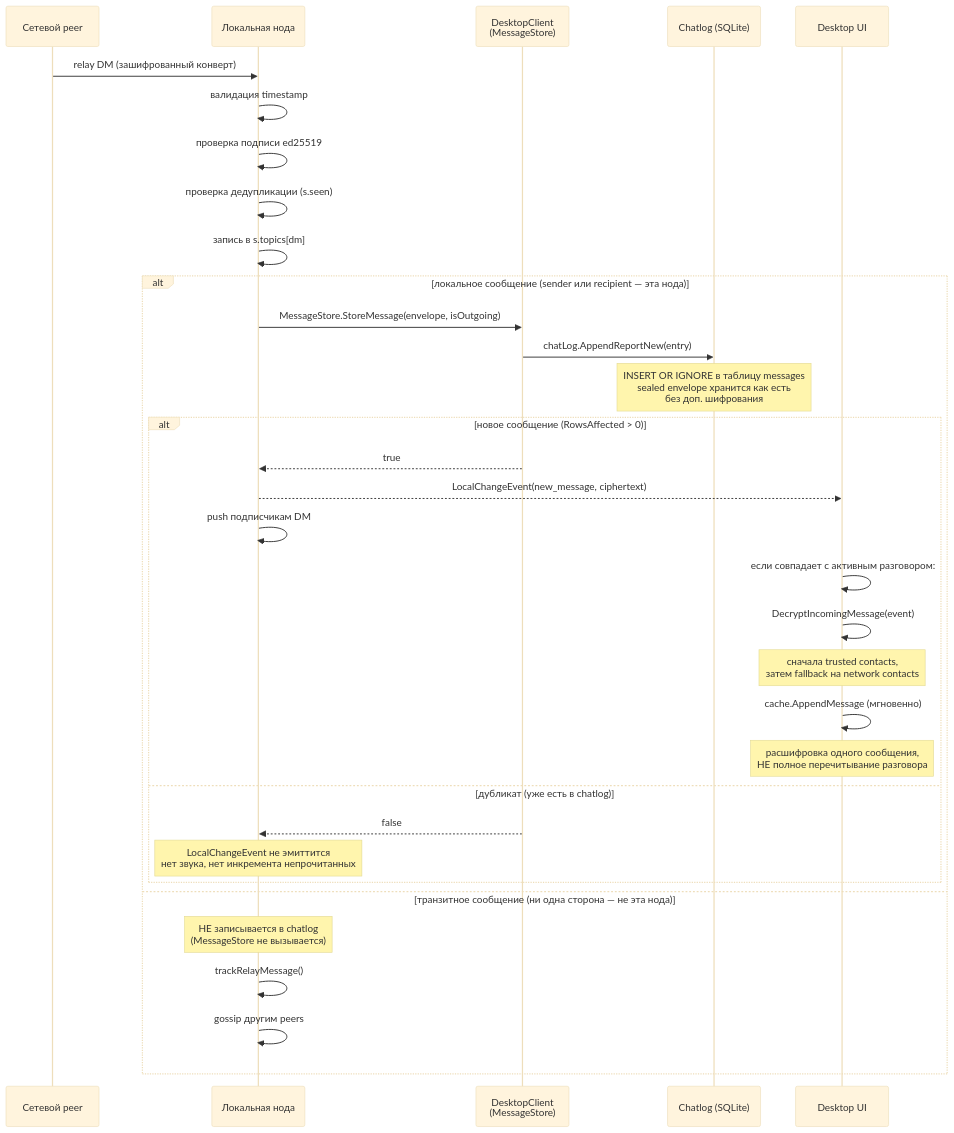
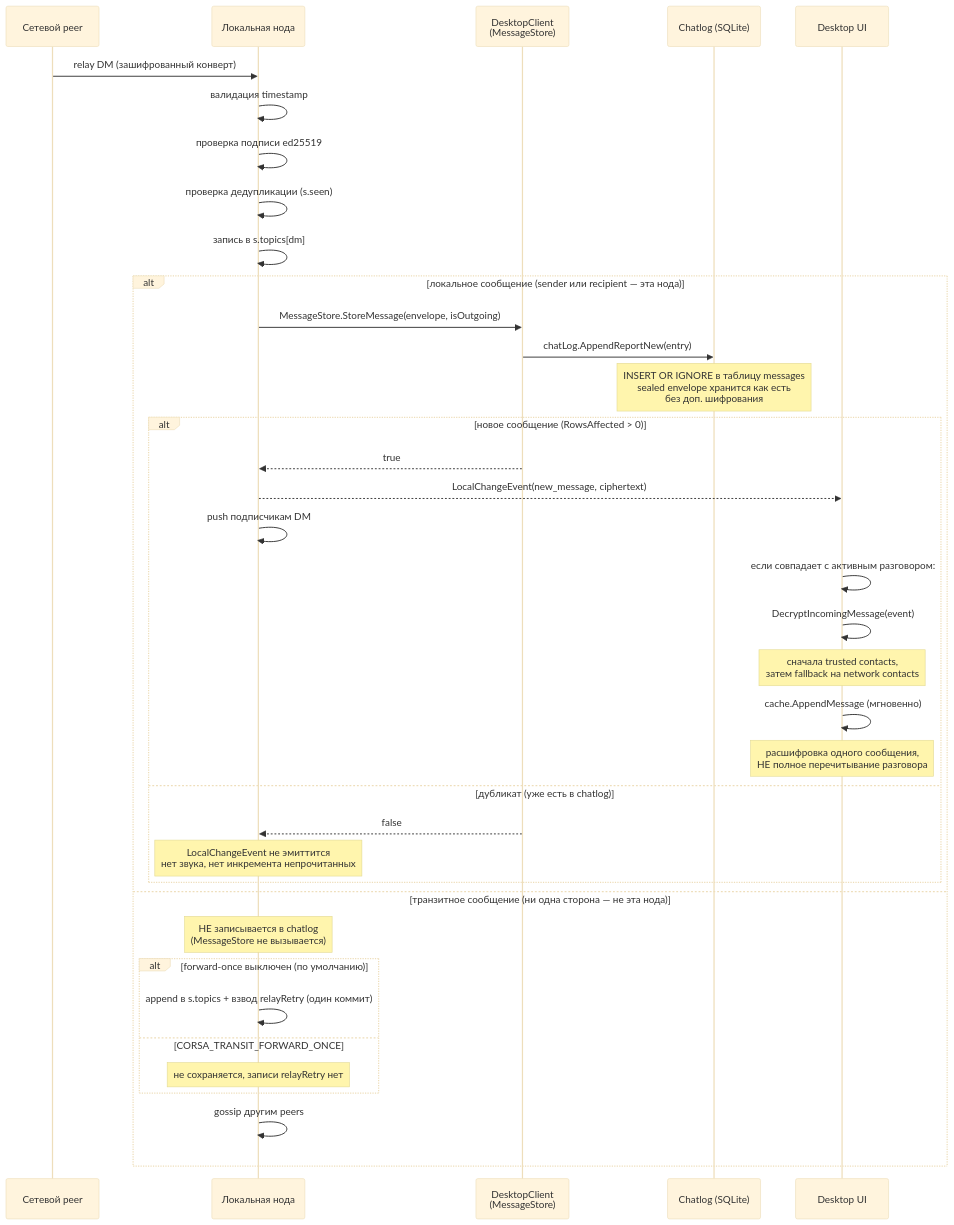
Diagram 11 of 16 in docs/chatlog.md (piratecash/corsa), drawn with Mermaid (base theme) before and after one commit. The commit also changed other lines of this file and 16 other files, not shown here.

````diff
--- a/docs/chatlog.md
+++ b/docs/chatlog.md
@@ -1212,36 +1219,40 @@
 ```mermaid
 sequenceDiagram
     participant NET as Сетевой peer
     participant NODE as Локальная нода
     participant SVC as DesktopClient<br/>(MessageStore)
     participant LOG as Chatlog (SQLite)
     participant UI as Desktop UI
 
     NET->>NODE: relay DM (зашифрованный конверт)
     NODE->>NODE: валидация timestamp
     NODE->>NODE: проверка подписи ed25519
     NODE->>NODE: проверка дедупликации (s.seen)
     NODE->>NODE: запись в s.topics[dm]
     alt локальное сообщение (sender или recipient — эта нода)
         NODE->>SVC: MessageStore.StoreMessage(envelope, isOutgoing)
         SVC->>LOG: chatLog.AppendReportNew(entry)
         Note over LOG: INSERT OR IGNORE в таблицу messages<br/>sealed envelope хранится как есть<br/>без доп. шифрования
         alt новое сообщение (RowsAffected > 0)
             SVC-->>NODE: true
             NODE-->>UI: LocalChangeEvent(new_message, ciphertext)
             NODE->>NODE: push подписчикам DM
             UI->>UI: если совпадает с активным разговором:
             UI->>UI:   DecryptIncomingMessage(event)
             Note over UI: сначала trusted contacts,<br/>затем fallback на network contacts
             UI->>UI:   cache.AppendMessage (мгновенно)
             Note over UI: расшифровка одного сообщения,<br/>НЕ полное перечитывание разговора
         else дубликат (уже есть в chatlog)
             SVC-->>NODE: false
             Note over NODE: LocalChangeEvent не эмиттится<br/>нет звука, нет инкремента непрочитанных
         end
     else транзитное сообщение (ни одна сторона — не эта нода)
         Note over NODE: НЕ записывается в chatlog<br/>(MessageStore не вызывается)
-        NODE->>NODE: trackRelayMessage()
+        alt forward-once выключен (по умолчанию)
+            NODE->>NODE: append в s.topics + взвод relayRetry (один коммит)
+        else CORSA_TRANSIT_FORWARD_ONCE
+            Note over NODE: не сохраняется, записи relayRetry нет
+        end
         NODE->>NODE: gossip другим peers
     end
 ```
````
